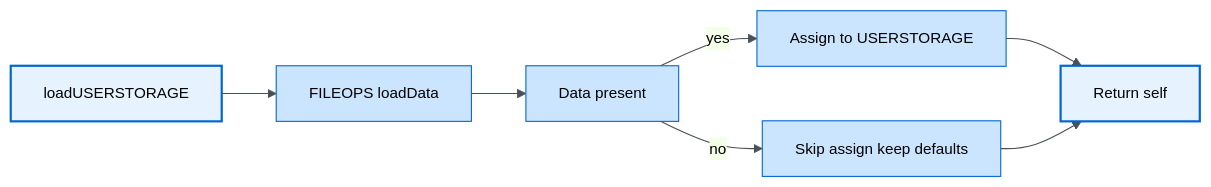
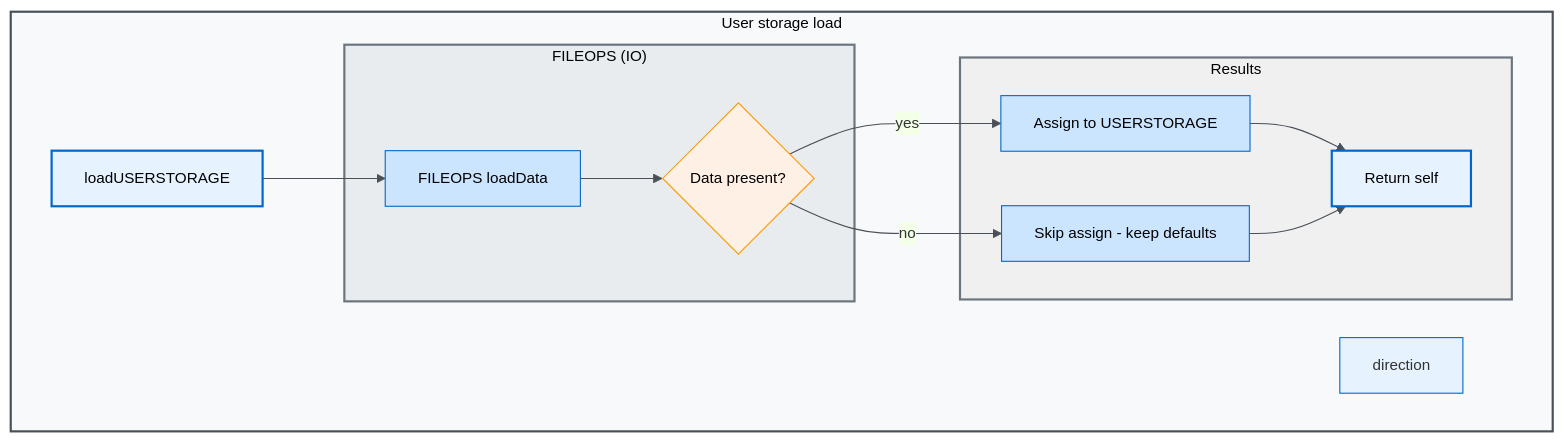
Before and after one commit to Gh0st352/AETHR: the first of 4 diagrams in docs/aethr/user_storage.md, drawn with Mermaid. The commit also changed other lines of this file and 6 other files, not shown here.

First line of the commit message:
Refactor documentation with enhanced flowcharts and sequence diagrams

````diff
--- a/docs/aethr/user_storage.md
+++ b/docs/aethr/user_storage.md
@@ -17,18 +17,37 @@
 ```mermaid
-%%{init: {"theme": "base", "themeVariables": {"primaryColor":"#e6f3ff","primaryBorderColor":"#0066cc","primaryTextColor":"#000","lineColor":"#495057","textColor":"#000","fontSize":"14px"}}}%%
-flowchart LR
-  L[loadUSERSTORAGE] --> LD[FILEOPS loadData]
-  LD --> CK[Data present]
-  CK -->|yes| AS[Assign to USERSTORAGE]
-  CK -->|no| SK[Skip assign keep defaults]
-  AS --> RT[Return self]
-  SK --> RT
+%%{init: {"theme":"base","themeVariables":{"primaryColor":"#e6f3ff","primaryBorderColor":"#0066cc","lineColor":"#495057","textColor":"#e9ecef","fontSize":"14px"}}}%%
+flowchart
+  %% Group: Load path (main flow -> IO -> decision)
+  subgraph LOAD ["User storage load"]
+    direction
+    L_load["loadUSERSTORAGE"] --> IO_CALL["FILEOPS loadData"]
 
-  %% Styles
+    %% IO area
+    subgraph FILEOPS ["FILEOPS (IO)"]
+      IO_CALL --> CK_data{"Data present?"}
+    end
+
+    %% Results area
+    subgraph RESULTS ["Results"]
+      CK_data -- "yes" --> AS_assign["Assign to USERSTORAGE"]
+      CK_data -- "no" --> SK_skip["Skip assign - keep defaults"]
+      AS_assign --> RT_return["Return self"]
+      SK_skip --> RT_return
+    end
+  end
+
+  %% Styles (house color system)
   classDef core fill:#e6f3ff,stroke:#0066cc,stroke-width:2px,color:#000
   classDef process fill:#cce5ff,stroke:#0066cc,color:#000
+  classDef decision fill:#fff0e6,stroke:#ff9900,color:#000
 
   %% Apply classes
-  class L,RT core
-  class LD,CK,AS,SK process
+  class L_load,RT_return core
+  class IO_CALL,AS_assign,SK_skip process
+  class CK_data decision
+
+  %% Subgraph styles
+  style LOAD fill:#f8f9fa,stroke:#495057,stroke-width:2px
+  style FILEOPS fill:#e9ecef,stroke:#6c757d,stroke-width:2px
+  style RESULTS fill:#f0f0f0,stroke:#6c757d,stroke-width:2px
 ```
````
